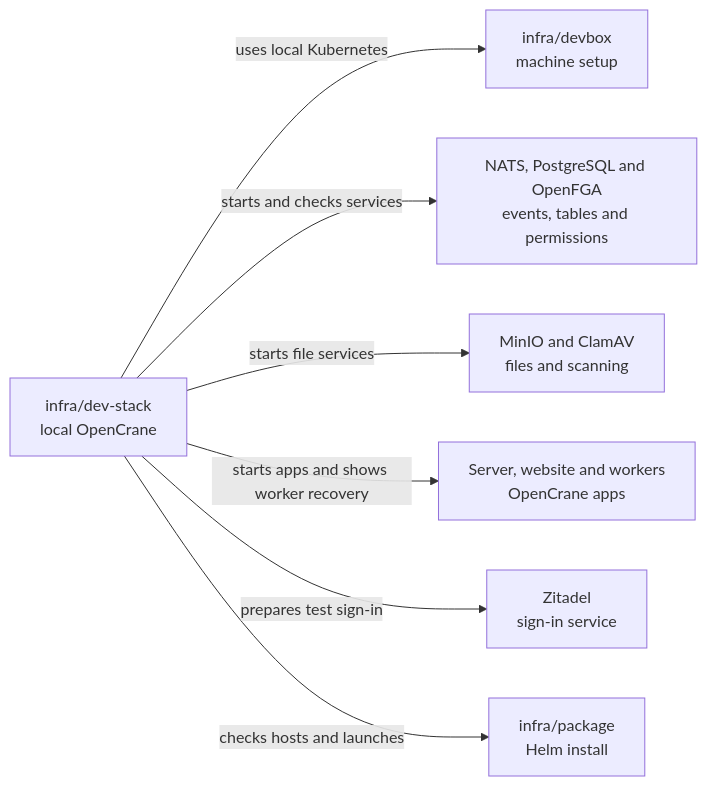
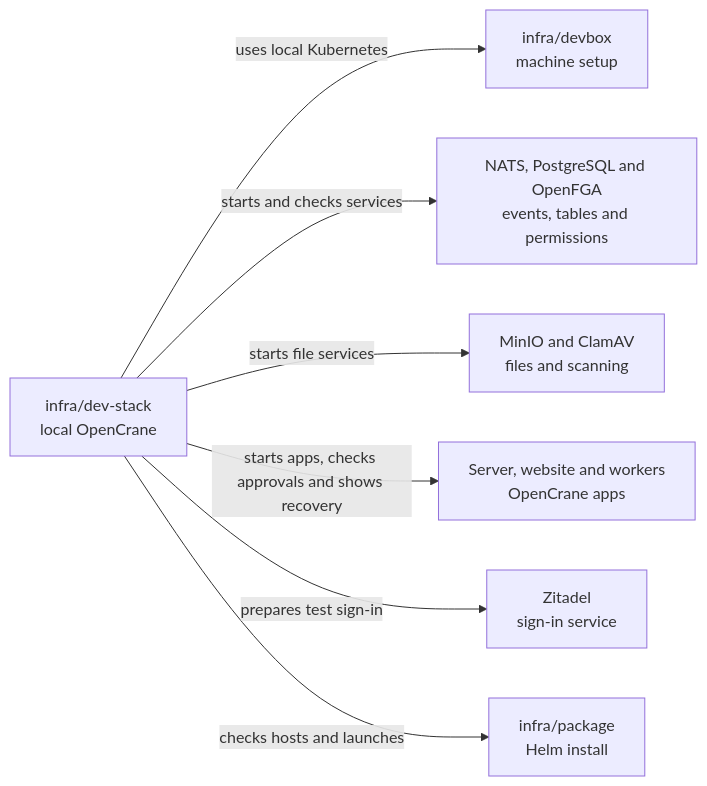
The diagram in infra/dev-stack/README.md (elewa-git/opencrane-new), drawn with Mermaid before and after one commit. The commit also changed other lines of this file and 8 other files, not shown here.

````diff
--- a/infra/dev-stack/README.md
+++ b/infra/dev-stack/README.md
@@ -17,9 +18,9 @@
 ```mermaid
 flowchart LR
   stack["infra/dev-stack<br/>local OpenCrane"] -->|uses local Kubernetes| devbox["infra/devbox<br/>machine setup"]
   stack -->|starts and checks services| services["NATS, PostgreSQL and OpenFGA<br/>events, tables and permissions"]
   stack -->|starts file services| files["MinIO and ClamAV<br/>files and scanning"]
-  stack -->|starts apps and shows worker recovery| apps["Server, website and workers<br/>OpenCrane apps"]
+  stack -->|starts apps, checks approvals and shows recovery| apps["Server, website and workers<br/>OpenCrane apps"]
   stack -->|prepares test sign-in| zitadel["Zitadel<br/>sign-in service"]
   stack -->|checks hosts and launches| package["infra/package<br/>Helm install"]
 ```
````
